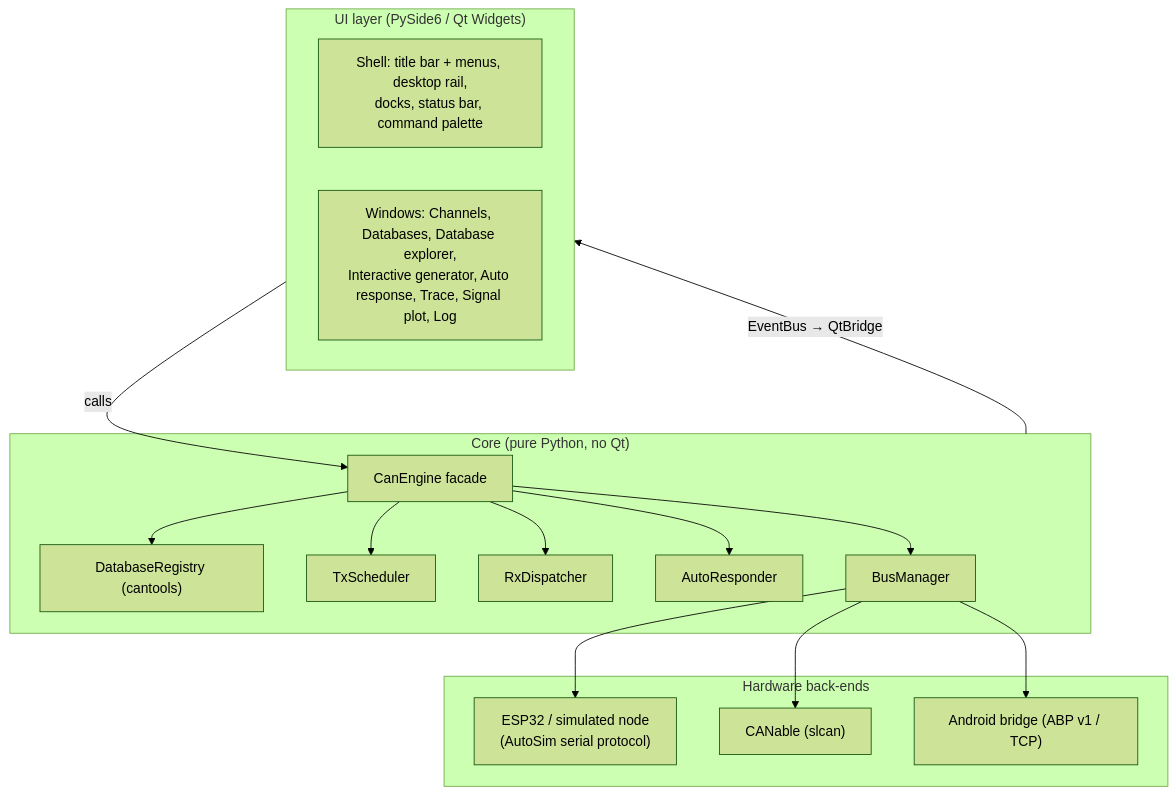
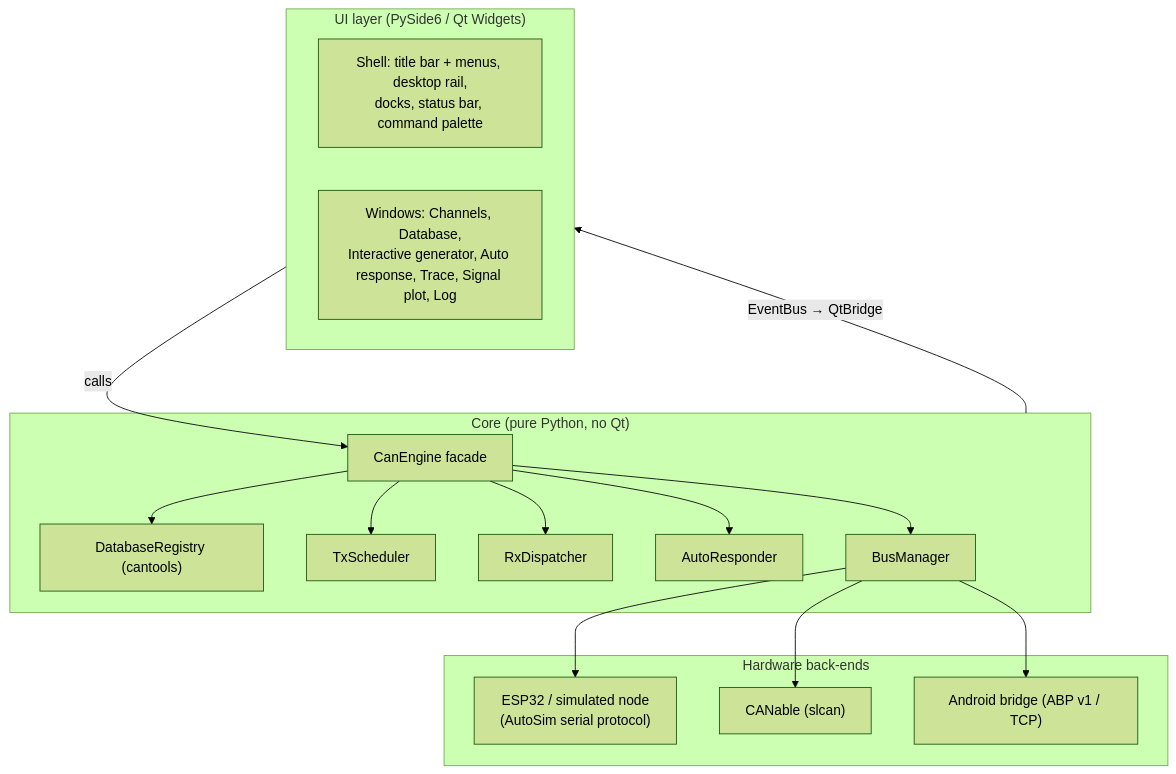
One commit to Thuongst97/CAN_SIMULATOR changed the second of 2 diagrams in docs/design/SYSTEM_DESIGN.md. Above: the diagram before and after it, drawn with Mermaid (forest theme). The commit also changed 23 other files, not shown here.

First line of the commit message:
Setup desktop: Database window merged in (Channels 4 : Database 6); fix clipped empty-state text

````diff
--- a/docs/design/SYSTEM_DESIGN.md
+++ b/docs/design/SYSTEM_DESIGN.md
@@ -105,24 +105,24 @@
 ```mermaid
 flowchart TB
     subgraph ui["UI layer (PySide6 / Qt Widgets)"]
         shell["Shell: title bar + menus, desktop rail,<br/>docks, status bar, command palette"]
-        panels["Windows: Channels, Databases, Database explorer,<br/>Interactive generator, Auto response, Trace, Signal plot, Log"]
+        panels["Windows: Channels, Database,<br/>Interactive generator, Auto response, Trace, Signal plot, Log"]
     end
     subgraph core["Core (pure Python, no Qt)"]
         engine["CanEngine facade"]
         db["DatabaseRegistry (cantools)"]
         tx["TxScheduler"]
         rx["RxDispatcher"]
         ar["AutoResponder"]
         bus["BusManager"]
     end
     subgraph hw["Hardware back-ends"]
         esp["ESP32 / simulated node<br/>(AutoSim serial protocol)"]
         slcan["CANable (slcan)"]
         br["Android bridge (ABP v1 / TCP)"]
     end
     ui -- "calls" --> engine
     core -- "EventBus → QtBridge" --> ui
     engine --> db & tx & rx & ar & bus
     bus --> esp & slcan & br
 ```
````
